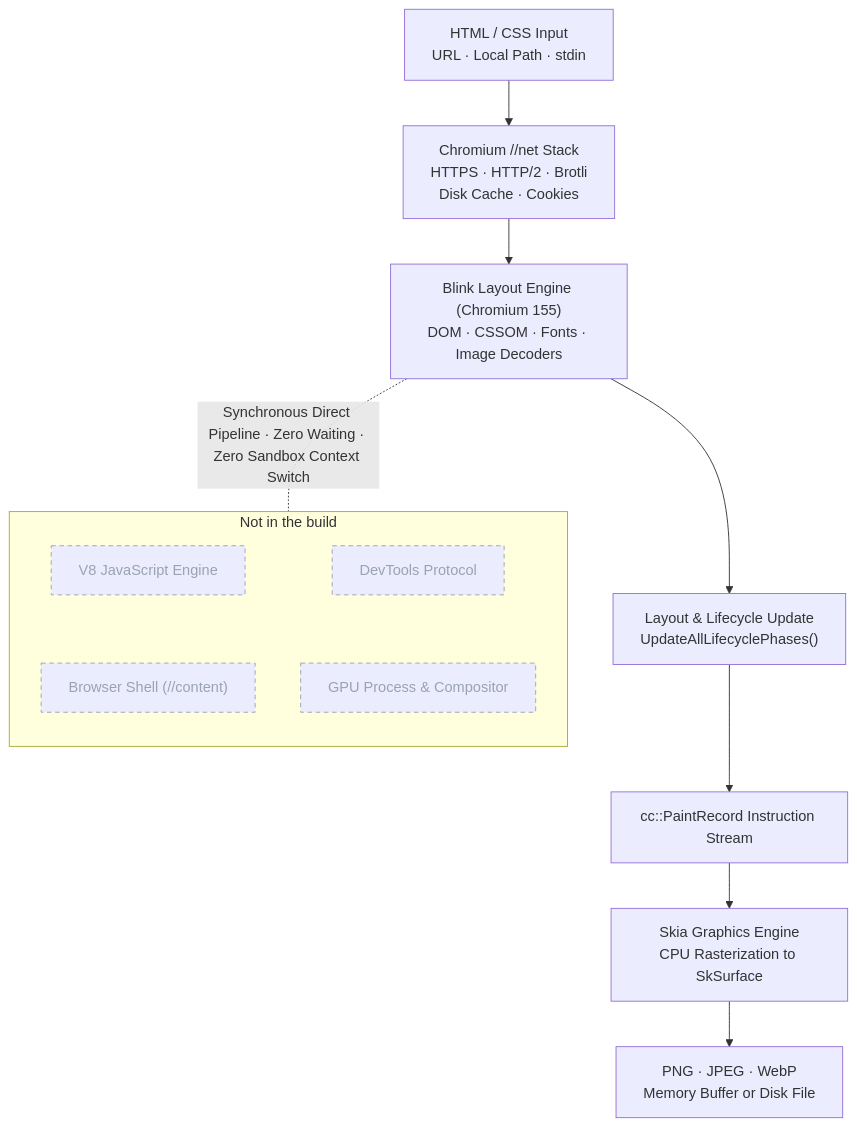
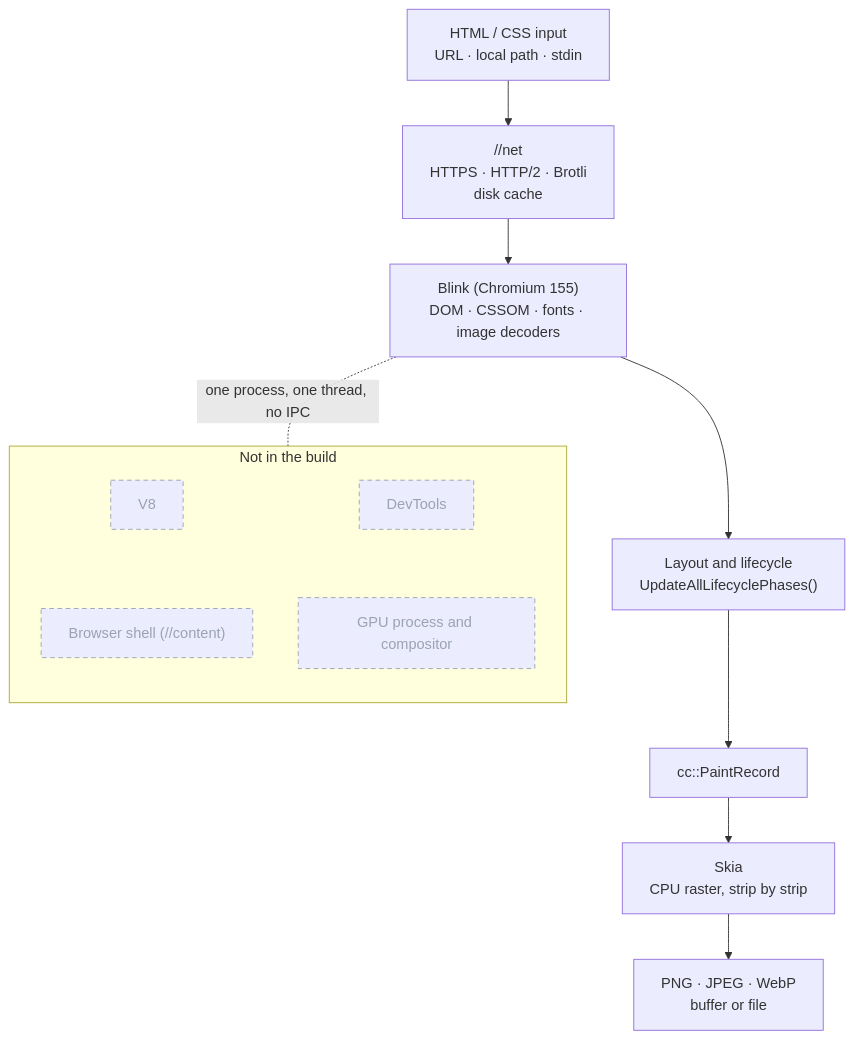
One commit to sj817/shotium changed the diagram in README.md. Above: the diagram before and after it, drawn with Mermaid. The commit also changed other lines of this file and 7 other files, not shown here.

````diff
--- a/README.md
+++ b/README.md
@@ -315,27 +224,27 @@
 ```mermaid
 flowchart TB
-    IN["HTML / CSS Input<br/>URL · Local Path · stdin"]
-    NET["Chromium //net Stack<br/>HTTPS · HTTP/2 · Brotli<br/>Disk Cache · Cookies"]
-    BLINK["Blink Layout Engine (Chromium 155)<br/>DOM · CSSOM · Fonts · Image Decoders"]
-    LIFE["Layout & Lifecycle Update<br/>UpdateAllLifecyclePhases()"]
-    REC["cc::PaintRecord Instruction Stream"]
-    SKIA["Skia Graphics Engine<br/>CPU Rasterization to SkSurface"]
-    OUT["PNG · JPEG · WebP<br/>Memory Buffer or Disk File"]
+    IN["HTML / CSS input<br/>URL · local path · stdin"]
+    NET["//net<br/>HTTPS · HTTP/2 · Brotli<br/>disk cache"]
+    BLINK["Blink (Chromium 155)<br/>DOM · CSSOM · fonts · image decoders"]
+    LIFE["Layout and lifecycle<br/>UpdateAllLifecyclePhases()"]
+    REC["cc::PaintRecord"]
+    SKIA["Skia<br/>CPU raster, strip by strip"]
+    OUT["PNG · JPEG · WebP<br/>buffer or file"]
 
     IN --> NET --> BLINK --> LIFE --> REC --> SKIA --> OUT
 
     subgraph cut["Not in the build"]
         direction TB
-        V8["V8 JavaScript Engine"]
-        SHELL["Browser Shell (//content)"]
-        DEVTOOLS["DevTools Protocol"]
-        GPU["GPU Process & Compositor"]
+        V8["V8"]
+        SHELL["Browser shell (//content)"]
+        DEVTOOLS["DevTools"]
+        GPU["GPU process and compositor"]
         V8 ~~~ SHELL
         DEVTOOLS ~~~ GPU
     end
 
-    BLINK -. "Synchronous Direct Pipeline · Zero Waiting · Zero Sandbox Context Switch" .- cut
+    BLINK -. "one process, one thread, no IPC" .- cut
 
     classDef gone stroke-dasharray: 5 4,color:#9aa3af,stroke:#9aa3af
     class V8,SHELL,DEVTOOLS,GPU gone
 ```
````
